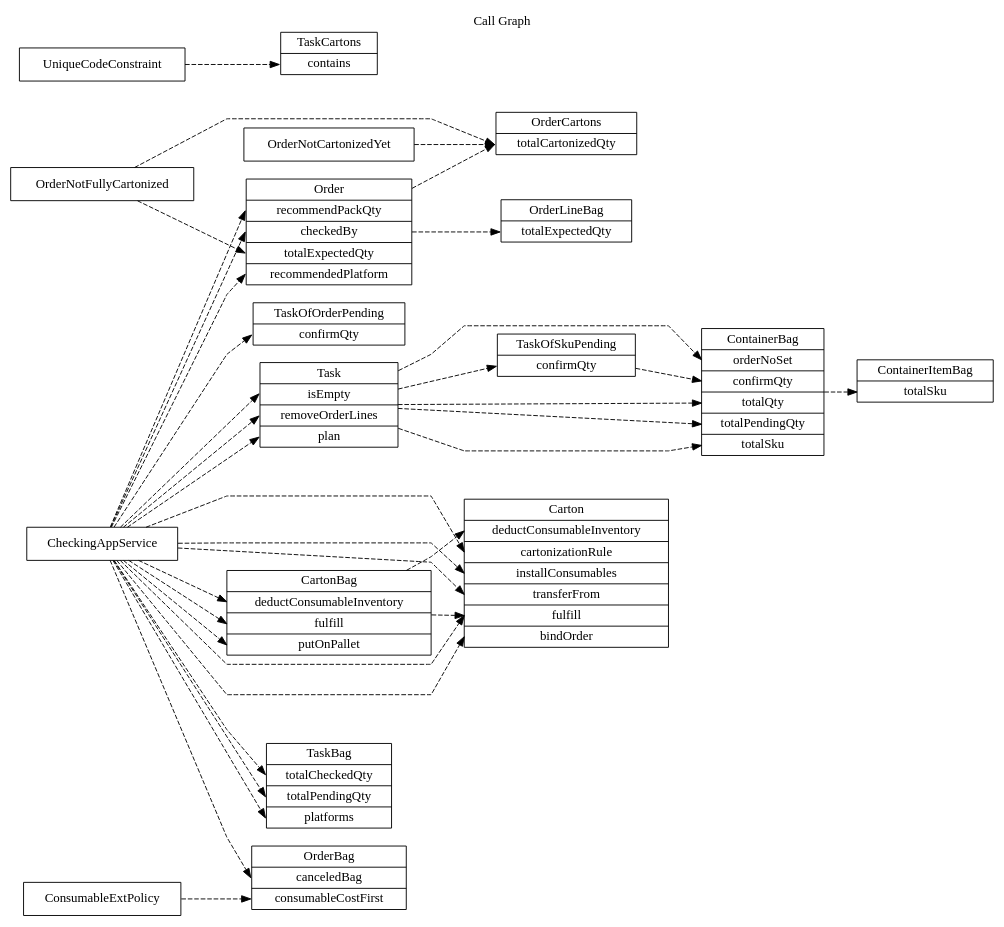
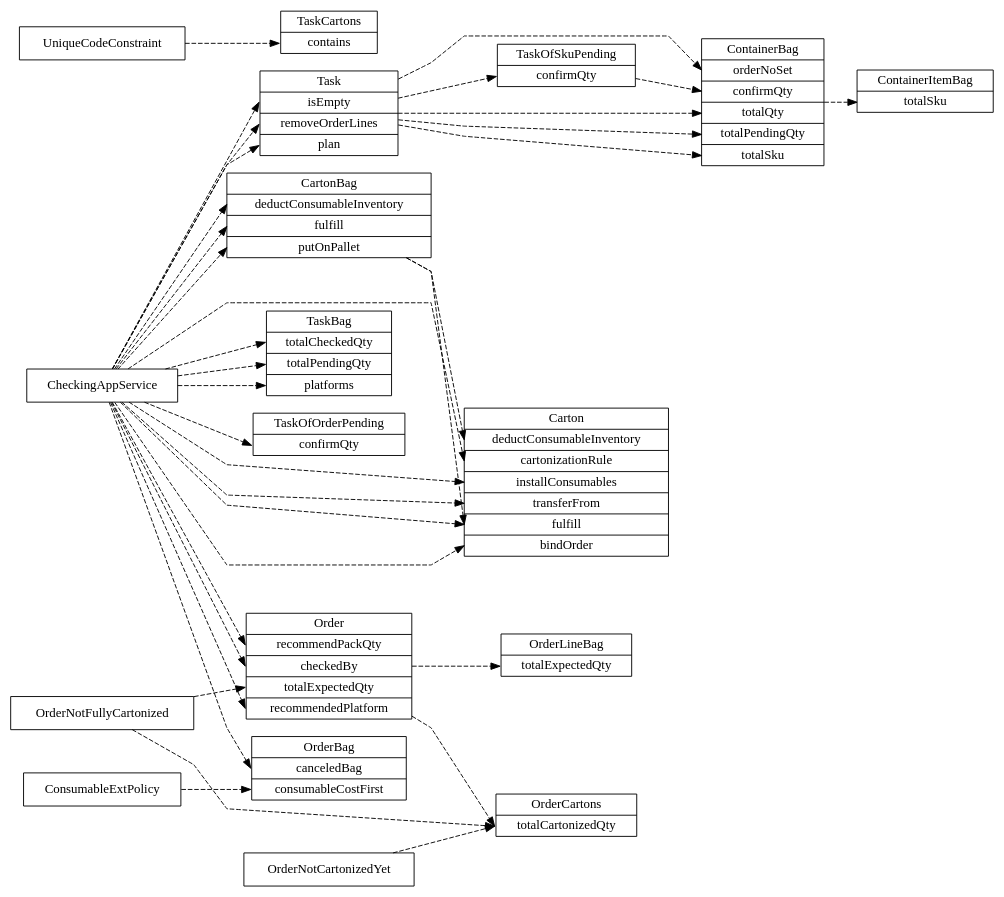
Before and after one commit to funkygao/cp-ddd-framework: the diagram in doc/callgraph.dot, drawn with Graphviz. The commit also changed 5 other files, not shown here.

```diff
--- a/doc/callgraph.dot
+++ b/doc/callgraph.dot
@@ -1,58 +1,57 @@
 digraph G {
-   label="Call Graph";
    labelloc = "t";
    rankdir=LR;
    splines = polyline;
    node [shape=record];
    edge [style = dashed, fontsize=10];
 
+   Carton [label="<Carton> Carton|<deductConsumableInventory> deductConsumableInventory|<cartonizationRule> cartonizationRule|<installConsumables> installConsumables|<transferFrom> transferFrom|<fulfill> fulfill|<bindOrder> bindOrder"];
+   CartonBag [label="<CartonBag> CartonBag|<deductConsumableInventory> deductConsumableInventory|<fulfill> fulfill|<putOnPallet> putOnPallet"];
+   ContainerBag [label="<ContainerBag> ContainerBag|<orderNoSet> orderNoSet|<confirmQty> confirmQty|<totalQty> totalQty|<totalPendingQty> totalPendingQty|<totalSku> totalSku"];
+   ContainerItemBag [label="<ContainerItemBag> ContainerItemBag|<totalSku> totalSku"];
    Order [label="<Order> Order|<recommendPackQty> recommendPackQty|<checkedBy> checkedBy|<totalExpectedQty> totalExpectedQty|<recommendedPlatform> recommendedPlatform"];
-   TaskOfOrderPending [label="<TaskOfOrderPending> TaskOfOrderPending|<confirmQty> confirmQty"];
-   Task [label="<Task> Task|<isEmpty> isEmpty|<removeOrderLines> removeOrderLines|<plan> plan"];
+   OrderBag [label="<OrderBag> OrderBag|<canceledBag> canceledBag|<consumableCostFirst> consumableCostFirst"];
    OrderCartons [label="<OrderCartons> OrderCartons|<totalCartonizedQty> totalCartonizedQty"];
    OrderLineBag [label="<OrderLineBag> OrderLineBag|<totalExpectedQty> totalExpectedQty"];
+   Task [label="<Task> Task|<isEmpty> isEmpty|<removeOrderLines> removeOrderLines|<plan> plan"];
+   TaskBag [label="<TaskBag> TaskBag|<totalCheckedQty> totalCheckedQty|<totalPendingQty> totalPendingQty|<platforms> platforms"];
+   TaskCartons [label="<TaskCartons> TaskCartons|<contains> contains"];
+   TaskOfOrderPending [label="<TaskOfOrderPending> TaskOfOrderPending|<confirmQty> confirmQty"];
    TaskOfSkuPending [label="<TaskOfSkuPending> TaskOfSkuPending|<confirmQty> confirmQty"];
-   CartonBag [label="<CartonBag> CartonBag|<deductConsumableInventory> deductConsumableInventory|<fulfill> fulfill|<putOnPallet> putOnPallet"];
-   OrderBag [label="<OrderBag> OrderBag|<canceledBag> canceledBag|<consumableCostFirst> consumableCostFirst"];
-   TaskCartons [label="<TaskCartons> TaskCartons|<contains> contains"];
-   ContainerItemBag [label="<ContainerItemBag> ContainerItemBag|<totalSku> totalSku"];
-   TaskBag [label="<TaskBag> TaskBag|<totalCheckedQty> totalCheckedQty|<totalPendingQty> totalPendingQty|<platforms> platforms"];
-   ContainerBag [label="<ContainerBag> ContainerBag|<orderNoSet> orderNoSet|<confirmQty> confirmQty|<totalQty> totalQty|<totalPendingQty> totalPendingQty|<totalSku> totalSku"];
-   Carton [label="<Carton> Carton|<deductConsumableInventory> deductConsumableInventory|<cartonizationRule> cartonizationRule|<installConsumables> installConsumables|<transferFrom> transferFrom|<fulfill> fulfill|<bindOrder> bindOrder"];
 
-   CheckingAppService -> OrderBag:canceledBag
-   CheckingAppService -> Task:removeOrderLines
-   CheckingAppService -> Task:isEmpty
-   CheckingAppService -> Task:plan
-   CheckingAppService -> TaskBag:totalCheckedQty
-   CheckingAppService -> TaskBag:totalPendingQty
-   CheckingAppService -> Order:recommendedPlatform
-   CheckingAppService -> TaskBag:platforms
-   CheckingAppService -> Order:recommendPackQty
-   CheckingAppService -> Carton:cartonizationRule
-   CheckingAppService -> Carton:bindOrder
-   CheckingAppService -> Carton:transferFrom
+   CartonBag -> Carton:deductConsumableInventory
+   CartonBag -> Carton:fulfill
    CheckingAppService -> TaskOfOrderPending:confirmQty
    CheckingAppService -> CartonBag:fulfill
    CheckingAppService -> CartonBag:putOnPallet
    CheckingAppService -> Order:checkedBy
    CheckingAppService -> CartonBag:deductConsumableInventory
+   CheckingAppService -> Carton:cartonizationRule
+   CheckingAppService -> Carton:bindOrder
+   CheckingAppService -> Carton:transferFrom
+   CheckingAppService -> OrderBag:canceledBag
+   CheckingAppService -> Order:recommendPackQty
    CheckingAppService -> Carton:installConsumables
    CheckingAppService -> Carton:fulfill
-   CartonBag -> Carton:fulfill
-   CartonBag -> Carton:deductConsumableInventory
+   CheckingAppService -> Order:recommendedPlatform
+   CheckingAppService -> TaskBag:platforms
+   CheckingAppService -> TaskBag:totalCheckedQty
+   CheckingAppService -> TaskBag:totalPendingQty
+   CheckingAppService -> Task:removeOrderLines
+   CheckingAppService -> Task:isEmpty
+   CheckingAppService -> Task:plan
    ConsumableExtPolicy -> OrderBag:consumableCostFirst
-   Order -> OrderCartons:totalCartonizedQty
-   Order -> OrderLineBag:totalExpectedQty
+   ContainerBag -> ContainerItemBag:totalSku
    OrderNotCartonizedYet -> OrderCartons:totalCartonizedQty
    OrderNotFullyCartonized -> Order:totalExpectedQty
    OrderNotFullyCartonized -> OrderCartons:totalCartonizedQty
-   ContainerBag -> ContainerItemBag:totalSku
+   Order -> OrderCartons:totalCartonizedQty
+   Order -> OrderLineBag:totalExpectedQty
+   TaskOfSkuPending -> ContainerBag:confirmQty
+   Task -> TaskOfSkuPending:confirmQty
+   Task -> ContainerBag:orderNoSet
+   Task -> ContainerBag:totalPendingQty
+   Task -> ContainerBag:totalQty
+   Task -> ContainerBag:totalSku
    UniqueCodeConstraint -> TaskCartons:contains
-   Task -> TaskOfSkuPending:confirmQty
-   Task -> ContainerBag:totalSku
-   Task -> ContainerBag:totalQty
-   Task -> ContainerBag:totalPendingQty
-   Task -> ContainerBag:orderNoSet
-   TaskOfSkuPending -> ContainerBag:confirmQty
 }
```
